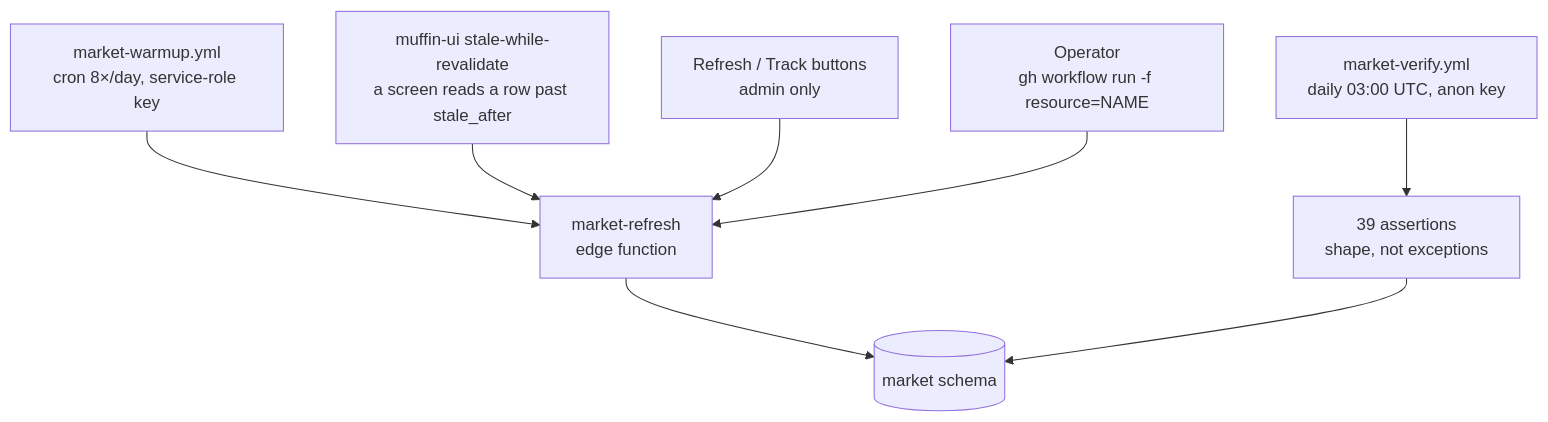
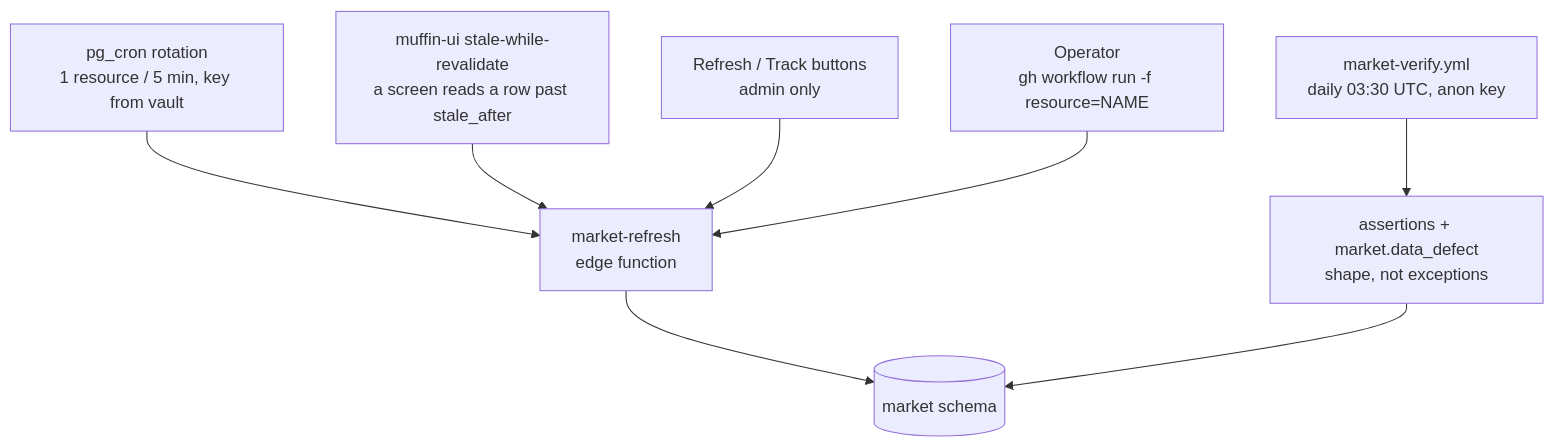
One commit to gururafiki/muffin changed the third of 5 diagrams in docs/data-ingestion.md. Above: the diagram before and after it, drawn with Mermaid. The commit also changed other lines of this file and 2 other files, not shown here.

````diff
--- a/docs/data-ingestion.md
+++ b/docs/data-ingestion.md
@@ -216,10 +259,10 @@
 ```mermaid
 flowchart TD
-    A[market-warmup.yml<br/>cron 8×/day, service-role key] --> R[market-refresh<br/>edge function]
+    A[pg_cron rotation<br/>1 resource / 5 min, key from vault] --> R[market-refresh<br/>edge function]
     B[muffin-ui stale-while-revalidate<br/>a screen reads a row past stale_after] --> R
     C[Refresh / Track buttons<br/>admin only] --> R
     D[Operator<br/>gh workflow run -f resource=NAME] --> R
-    E[market-verify.yml<br/>daily 03:00 UTC, anon key] --> V[39 assertions<br/>shape, not exceptions]
+    E[market-verify.yml<br/>daily 03:30 UTC, anon key] --> V[assertions + market.data_defect<br/>shape, not exceptions]
     R --> PG[(market schema)]
     V --> PG
 ```
````
